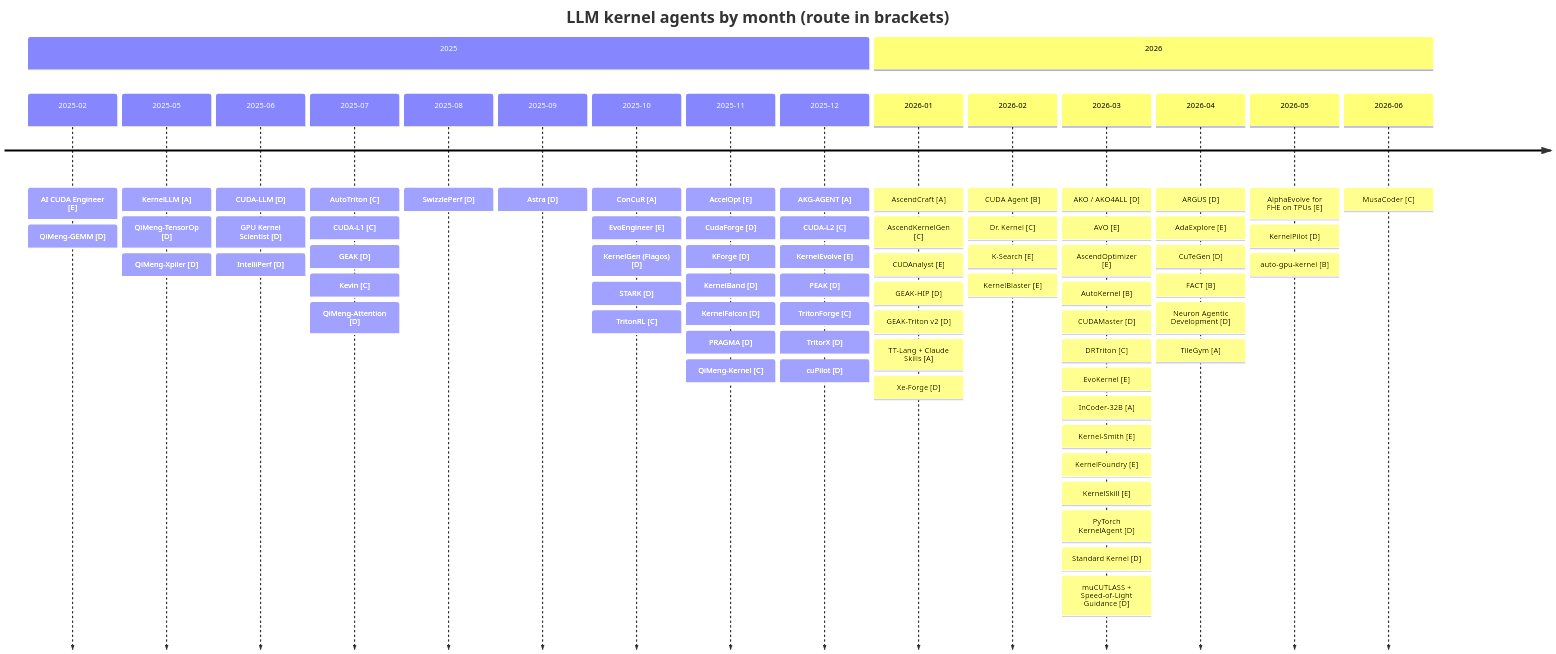
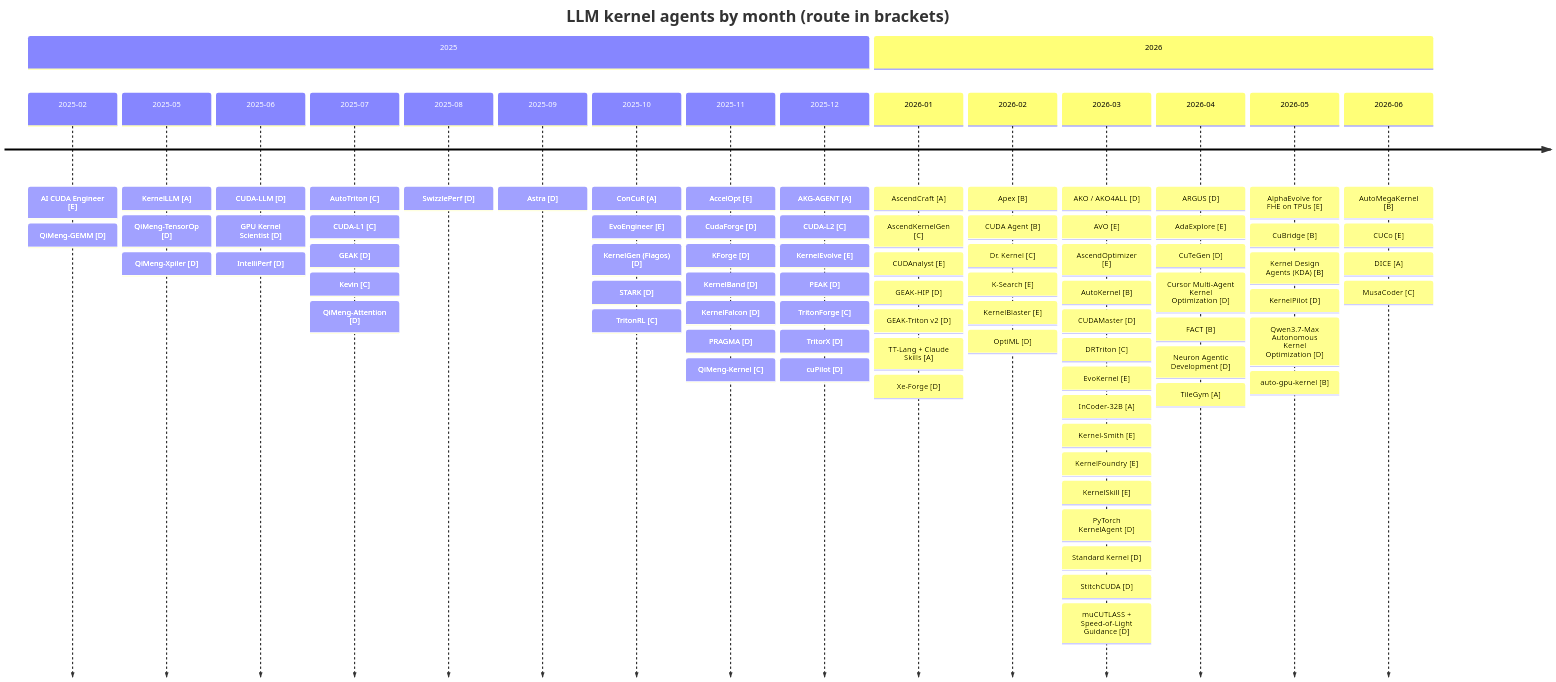
One commit to youyve/awesome-kernel-agent changed the diagram in README.zh.md. Above: the diagram before and after it, drawn with Mermaid. The commit also changed other lines of this file and 3 other files, not shown here.

````diff
--- a/README.zh.md
+++ b/README.zh.md
@@ -344,21 +380,21 @@
 ```mermaid
 timeline
     title LLM kernel agents by month (route in brackets)
     section 2025
         2025-02 : AI CUDA Engineer [E] : QiMeng-GEMM [D]
         2025-05 : KernelLLM [A] : QiMeng-TensorOp [D] : QiMeng-Xpiler [D]
         2025-06 : CUDA-LLM [D] : GPU Kernel Scientist [D] : IntelliPerf [D]
         2025-07 : AutoTriton [C] : CUDA-L1 [C] : GEAK [D] : Kevin [C] : QiMeng-Attention [D]
         2025-08 : SwizzlePerf [D]
         2025-09 : Astra [D]
         2025-10 : ConCuR [A] : EvoEngineer [E] : KernelGen (Flagos) [D] : STARK [D] : TritonRL [C]
         2025-11 : AccelOpt [E] : CudaForge [D] : KForge [D] : KernelBand [D] : KernelFalcon [D] : PRAGMA [D] : QiMeng-Kernel [C]
         2025-12 : AKG-AGENT [A] : CUDA-L2 [C] : KernelEvolve [E] : PEAK [D] : TritonForge [C] : TritorX [D] : cuPilot [D]
     section 2026
         2026-01 : AscendCraft [A] : AscendKernelGen [C] : CUDAnalyst [E] : GEAK-HIP [D] : GEAK-Triton v2 [D] : TT-Lang + Claude Skills [A] : Xe-Forge [D]
-        2026-02 : CUDA Agent [B] : Dr. Kernel [C] : K-Search [E] : KernelBlaster [E]
-        2026-03 : AKO / AKO4ALL [D] : AVO [E] : AscendOptimizer [E] : AutoKernel [B] : CUDAMaster [D] : DRTriton [C] : EvoKernel [E] : InCoder-32B [A] : Kernel-Smith [E] : KernelFoundry [E] : KernelSkill [E] : PyTorch KernelAgent [D] : Standard Kernel [D] : muCUTLASS + Speed-of-Light Guidance [D]
-        2026-04 : ARGUS [D] : AdaExplore [E] : CuTeGen [D] : FACT [B] : Neuron Agentic Development [D] : TileGym [A]
-        2026-05 : AlphaEvolve for FHE on TPUs [E] : KernelPilot [D] : auto-gpu-kernel [B]
-        2026-06 : MusaCoder [C]
+        2026-02 : Apex [B] : CUDA Agent [B] : Dr. Kernel [C] : K-Search [E] : KernelBlaster [E] : OptiML [D]
+        2026-03 : AKO / AKO4ALL [D] : AVO [E] : AscendOptimizer [E] : AutoKernel [B] : CUDAMaster [D] : DRTriton [C] : EvoKernel [E] : InCoder-32B [A] : Kernel-Smith [E] : KernelFoundry [E] : KernelSkill [E] : PyTorch KernelAgent [D] : Standard Kernel [D] : StitchCUDA [D] : muCUTLASS + Speed-of-Light Guidance [D]
+        2026-04 : ARGUS [D] : AdaExplore [E] : CuTeGen [D] : Cursor Multi-Agent Kernel Optimization [D] : FACT [B] : Neuron Agentic Development [D] : TileGym [A]
+        2026-05 : AlphaEvolve for FHE on TPUs [E] : CuBridge [B] : Kernel Design Agents (KDA) [B] : KernelPilot [D] : Qwen3.7-Max Autonomous Kernel Optimization [D] : auto-gpu-kernel [B]
+        2026-06 : AutoMegaKernel [B] : CUCo [E] : DICE [A] : MusaCoder [C]
 ```
````
